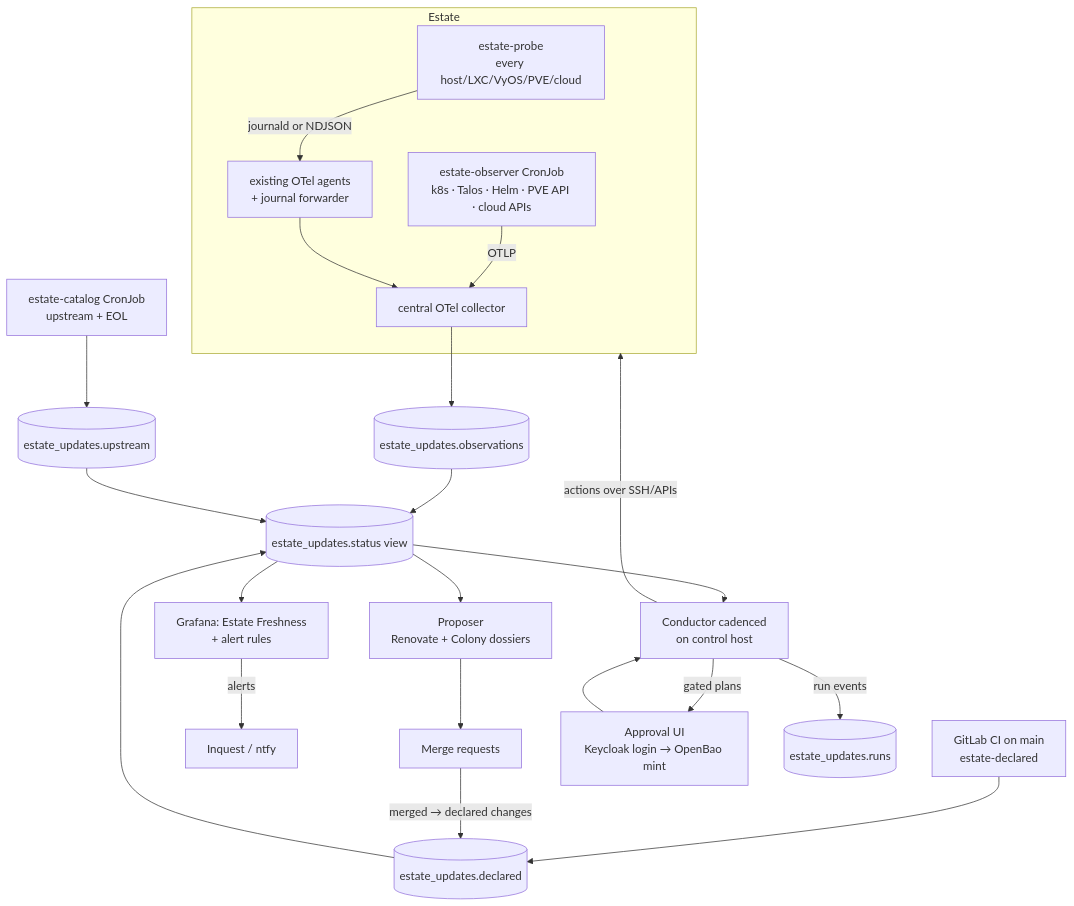
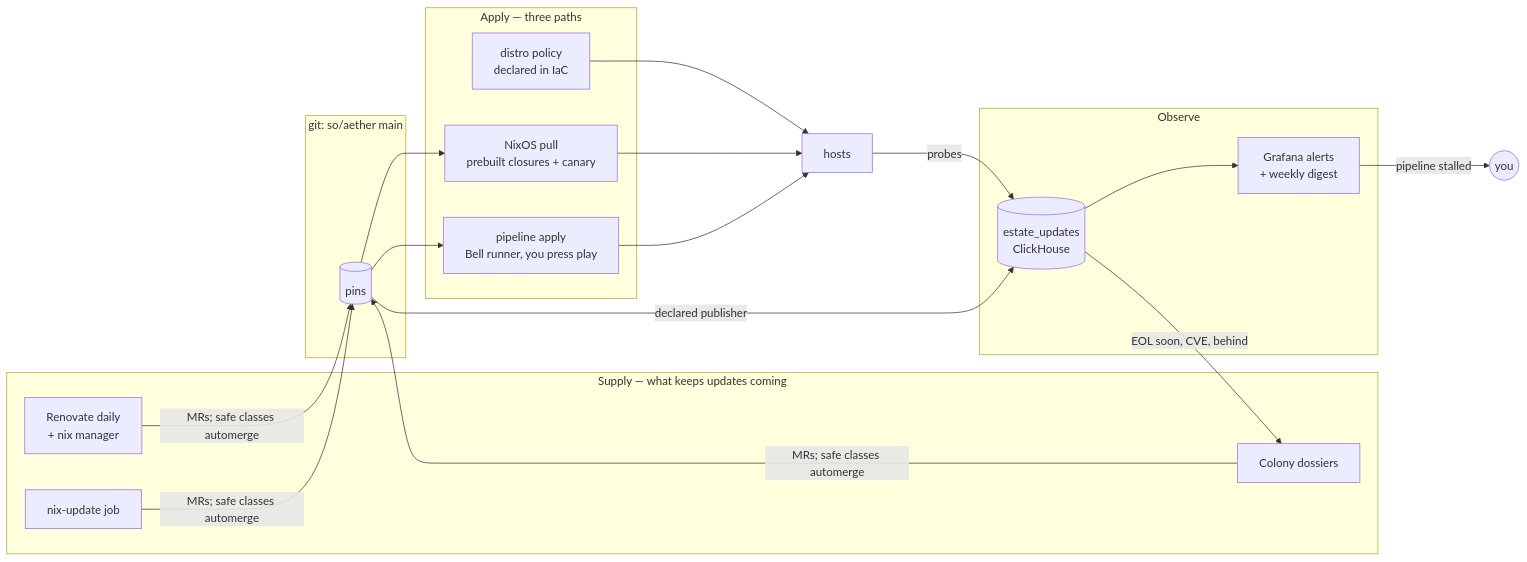
Before and after one commit to shedrachokonofua/aether: the first of 2 diagrams in docs/exploration/estate-updates.md, drawn with Mermaid. The commit also changed other lines of this file and 1 other file, not shown here.

Commit message:
docs: Custos estate update spec v2 (GitOps, Bell runner, CVE)

````diff
--- a/docs/exploration/estate-updates.md
+++ b/docs/exploration/estate-updates.md
@@ -82,22 +75,30 @@
 ```mermaid
-flowchart TB
-  subgraph Estate
-    P[estate-probe<br/>every host/LXC/VyOS/PVE/cloud] -->|journald or NDJSON| A[existing OTel agents<br/>+ journal forwarder]
-    KO[estate-observer CronJob<br/>k8s · Talos · Helm · PVE API · cloud APIs] -->|OTLP| C
+flowchart LR
+  subgraph Supply["Supply — what keeps updates coming"]
+    REN[Renovate daily<br/>+ nix manager]
+    NU[nix-update job]
+    COL[Colony dossiers]
   end
-  A --> C[central OTel collector]
-  C --> OBS[(estate_updates.observations)]
-  CI[GitLab CI on main<br/>estate-declared] --> DEC[(estate_updates.declared)]
-  CAT[estate-catalog CronJob<br/>upstream + EOL] --> UP[(estate_updates.upstream)]
-  OBS & DEC & UP --> ST[(estate_updates.status view)]
-  ST --> GF[Grafana: Estate Freshness<br/>+ alert rules]
-  GF -->|alerts| INQ[Inquest / ntfy]
-  ST --> PR[Proposer<br/>Renovate + Colony dossiers]
-  PR --> MR[Merge requests]
-  MR -->|merged → declared changes| DEC
-  ST --> CD[Conductor cadenced<br/>on control host]
-  CD -->|gated plans| APP[Approval UI<br/>Keycloak login → OpenBao mint]
-  APP --> CD
-  CD -->|actions over SSH/APIs| Estate
-  CD -->|run events| RUNS[(estate_updates.runs)]
+  subgraph Git["git: so/aether main"]
+    PIN[(pins)]
+  end
+  subgraph Apply["Apply — three paths"]
+    PULL[NixOS pull<br/>prebuilt closures + canary]
+    PIPE[pipeline apply<br/>Bell runner, you press play]
+    POL[distro policy<br/>declared in IaC]
+  end
+  subgraph Observe["Observe"]
+    OBS[(estate_updates<br/>ClickHouse)]
+    GF[Grafana alerts<br/>+ weekly digest]
+  end
+  REN & NU & COL -->|MRs; safe classes automerge| PIN
+  PIN --> PULL & PIPE
+  POL --> HOSTS[hosts]
+  PULL --> HOSTS
+  PIPE --> HOSTS
+  HOSTS -->|probes| OBS
+  PIN -->|declared publisher| OBS
+  OBS --> GF
+  OBS -->|EOL soon, CVE, behind| COL
+  GF -->|pipeline stalled| You((you))
 ```
````
